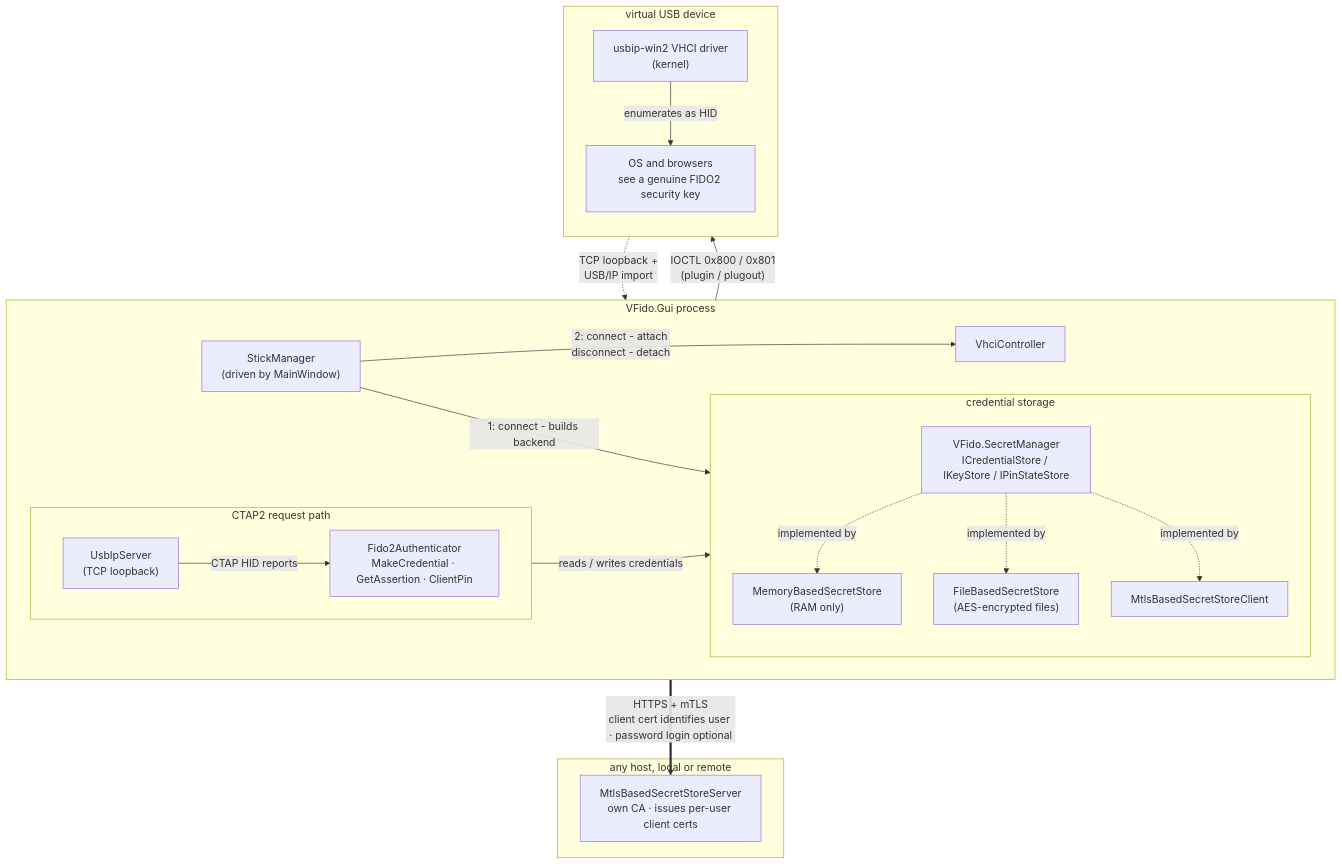
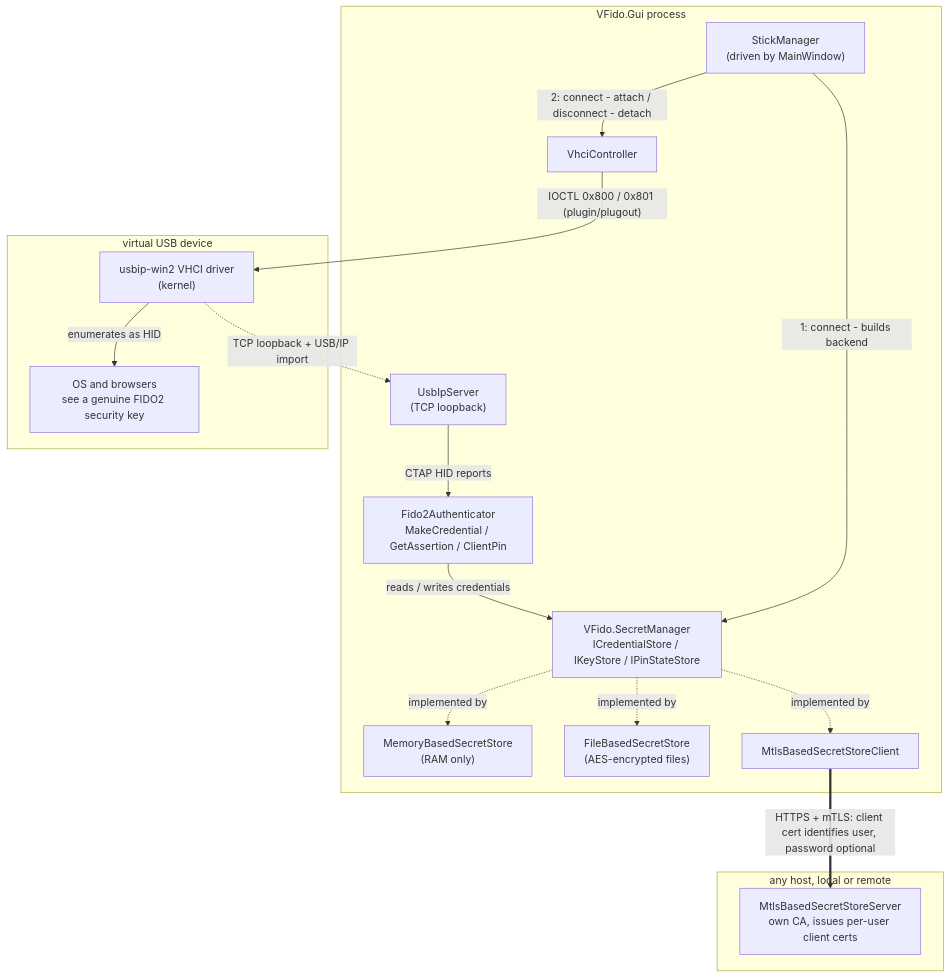
The diagram in README.md (keinPlan/virtual-fido), drawn with Mermaid before and after one commit.

Commit message:
Flatten README architecture diagram to fix GitHub mermaid rendering
Nested subgraphs with per-level direction overrides render badly on
GitHub's mermaid engine (mis-sized boxes, edges cutting through nodes).
Flattening to a single nesting level keeps the same nodes and edges.

````diff
--- a/README.md
+++ b/README.md
@@ -7,48 +7,34 @@
 ```mermaid
 flowchart TB
     subgraph gui["VFido.Gui process"]
-        direction LR
         UI["StickManager\n(driven by MainWindow)"]
         VhciController["VhciController"]
-
-        subgraph secrets["credential storage"]
-            direction TB
-            SM["VFido.SecretManager\nICredentialStore / IKeyStore / IPinStateStore"]
-            Mem["MemoryBasedSecretStore\n(RAM only)"]
-            File["FileBasedSecretStore\n(AES-encrypted files)"]
-            Client["MtlsBasedSecretStoreClient"]
-
-            SM -. "implemented by" .-> Mem
-            SM -. "implemented by" .-> File
-            SM -. "implemented by" .-> Client
-        end
-
-        subgraph request["CTAP2 request path"]
-            direction LR
-            UsbIpServer["UsbIpServer\n(TCP loopback)"]
-            Ctap2["Fido2Authenticator\nMakeCredential · GetAssertion · ClientPin"]
-
-            UsbIpServer -- "CTAP HID reports" --> Ctap2
-        end
+        UsbIpServer["UsbIpServer\n(TCP loopback)"]
+        Ctap2["Fido2Authenticator\nMakeCredential / GetAssertion / ClientPin"]
+        SM["VFido.SecretManager\nICredentialStore / IKeyStore / IPinStateStore"]
+        Mem["MemoryBasedSecretStore\n(RAM only)"]
+        File["FileBasedSecretStore\n(AES-encrypted files)"]
+        Client["MtlsBasedSecretStoreClient"]
     end
 
     subgraph usb["virtual USB device"]
-        direction TB
         Driver["usbip-win2 VHCI driver\n(kernel)"]
         OS["OS and browsers\nsee a genuine FIDO2 security key"]
+    end
 
-        Driver -- "enumerates as HID" --> OS
+    subgraph external["any host, local or remote"]
+        Server["MtlsBasedSecretStoreServer\nown CA, issues per-user client certs"]
     end
 
     UI -- "1: connect - builds backend" --> SM
-    UI -- "2: connect - attach\ndisconnect - detach" --> VhciController
-    VhciController -- "IOCTL 0x800 / 0x801\n(plugin / plugout)" --> Driver
-    Driver -. "TCP loopback +\nUSB/IP import" .-> UsbIpServer
+    UI -- "2: connect - attach / disconnect - detach" --> VhciController
+    VhciController -- "IOCTL 0x800 / 0x801 (plugin/plugout)" --> Driver
+    Driver -- "enumerates as HID" --> OS
+    Driver -. "TCP loopback + USB/IP import" .-> UsbIpServer
+    UsbIpServer -- "CTAP HID reports" --> Ctap2
     Ctap2 -- "reads / writes credentials" --> SM
-
-    subgraph external["any host, local or remote"]
-        Server["MtlsBasedSecretStoreServer\nown CA · issues per-user client certs"]
-    end
-
-    Client == "HTTPS + mTLS\nclient cert identifies user · password login optional" ==> Server
+    SM -. "implemented by" .-> Mem
+    SM -. "implemented by" .-> File
+    SM -. "implemented by" .-> Client
+    Client == "HTTPS + mTLS: client cert identifies user, password optional" ==> Server
 ```
````
